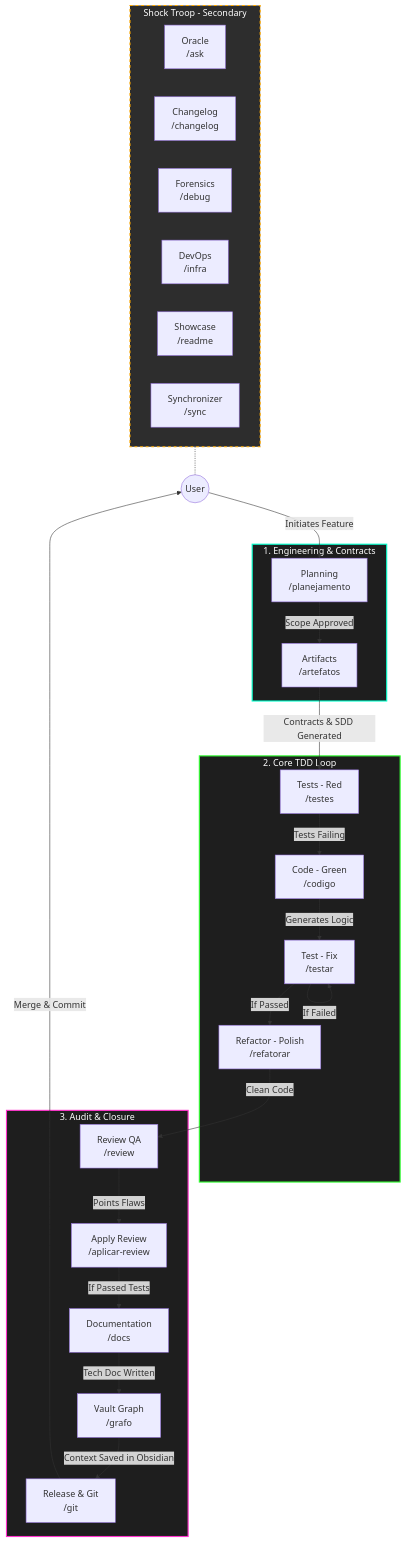
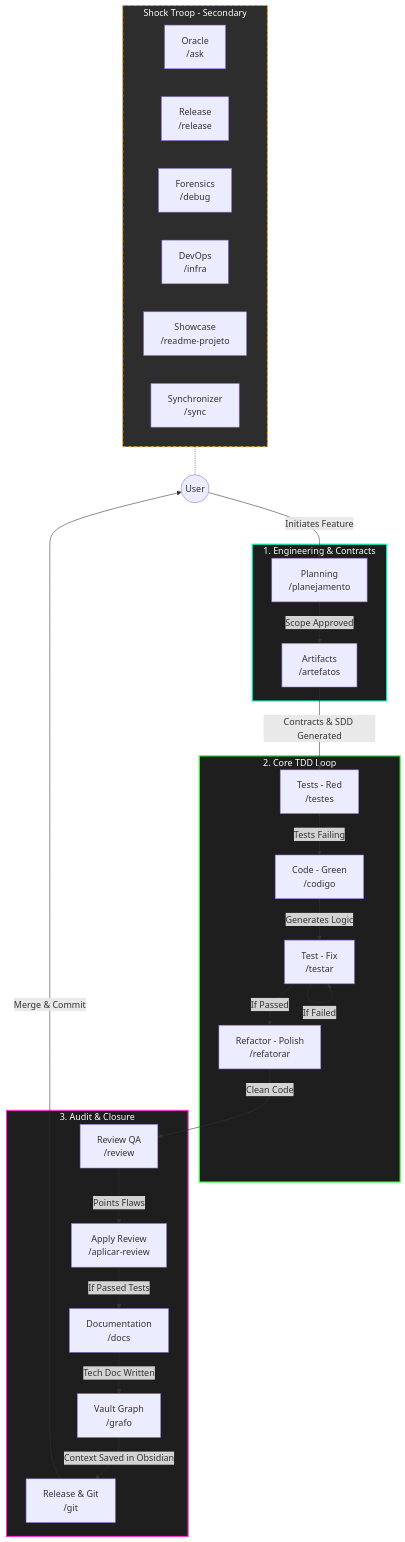
The diagram in docs/README.md (MarcosVeniciu/antigravity-agentic-workflows), drawn with Mermaid before and after one commit. The commit also changed other lines of this file and 13 other files, not shown here.

Commit message:
feat: translate templates to English and rename agents to readme-projeto and release

````diff
--- a/docs/README.md
+++ b/docs/README.md
@@ -9,59 +9,59 @@
 ```mermaid
 graph TD
     %% Main nodes
     User((User))
 
     subgraph Phase1 [1. Engineering & Contracts]
         P[Planning <br> /planejamento]
         A[Artifacts <br> /artefatos]
     end
 
     subgraph Phase2 [2. Core TDD Loop]
         T[Tests - Red <br> /testes]
         C[Code - Green <br> /codigo]
         F[Test - Fix <br> /testar]
         R[Refactor - Polish <br> /refatorar]
     end
 
     subgraph Phase3 [3. Audit & Closure]
         Rev[Review QA <br> /review]
         App[Apply Review <br> /aplicar-review]
         Docs[Documentation <br> /docs]
         Grafo[Vault Graph <br> /grafo]
         Git[Release & Git <br> /git]
     end
 
     subgraph Support [Shock Troop - Secondary]
         Ask[Oracle <br> /ask]
-        Changelog[Changelog <br> /changelog]
+        Release[Release <br> /release]
         Debug[Forensics <br> /debug]
         Infra[DevOps <br> /infra]
-        Readme[Showcase <br> /readme]
+        ReadmeProjeto[Showcase <br> /readme-projeto]
         Sync[Synchronizer <br> /sync]
     end
 
     %% Main Flow
     User -->|Initiates Feature| P
     P -->|Scope Approved| A
     A -->|Contracts & SDD Generated| T
     
     T -->|Tests Failing| C
     C -->|Generates Logic| F
     F -->|If Passed| R
     F -->|If Failed| F
     R -->|Clean Code| Rev
 
     Rev -->|Points Flaws| App
     App -->|If Passed Tests| Docs
     Docs -->|Tech Doc Written| Grafo
     Grafo -->|Context Saved in Obsidian| Git
     Git -->|Merge & Commit| User
     
     %% Support Links (isolated)
     Support -.- User
 
     style Phase1 fill:#1e1e1e,stroke:#00ffcc,stroke-width:2px,color:#fff
     style Phase2 fill:#1e1e1e,stroke:#33ff33,stroke-width:2px,color:#fff
     style Phase3 fill:#1e1e1e,stroke:#ff33cc,stroke-width:2px,color:#fff
     style Support fill:#2d2d2d,stroke:#ffaa00,stroke-width:2px,stroke-dasharray: 5 5,color:#fff
 ```
````
